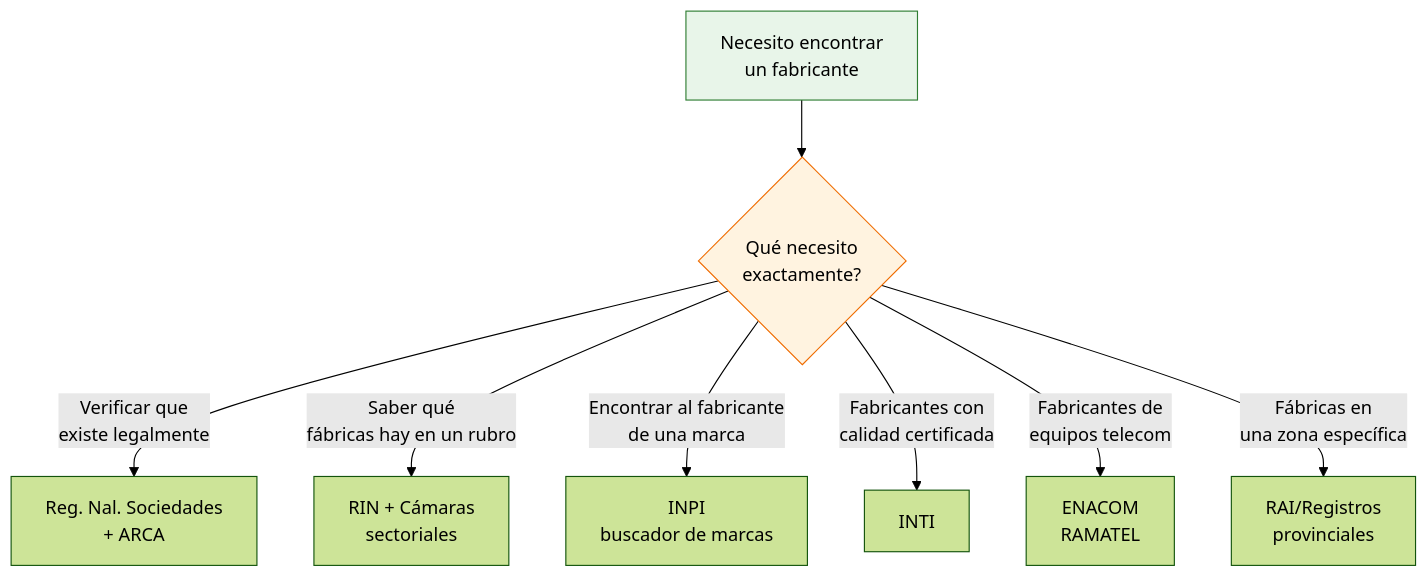
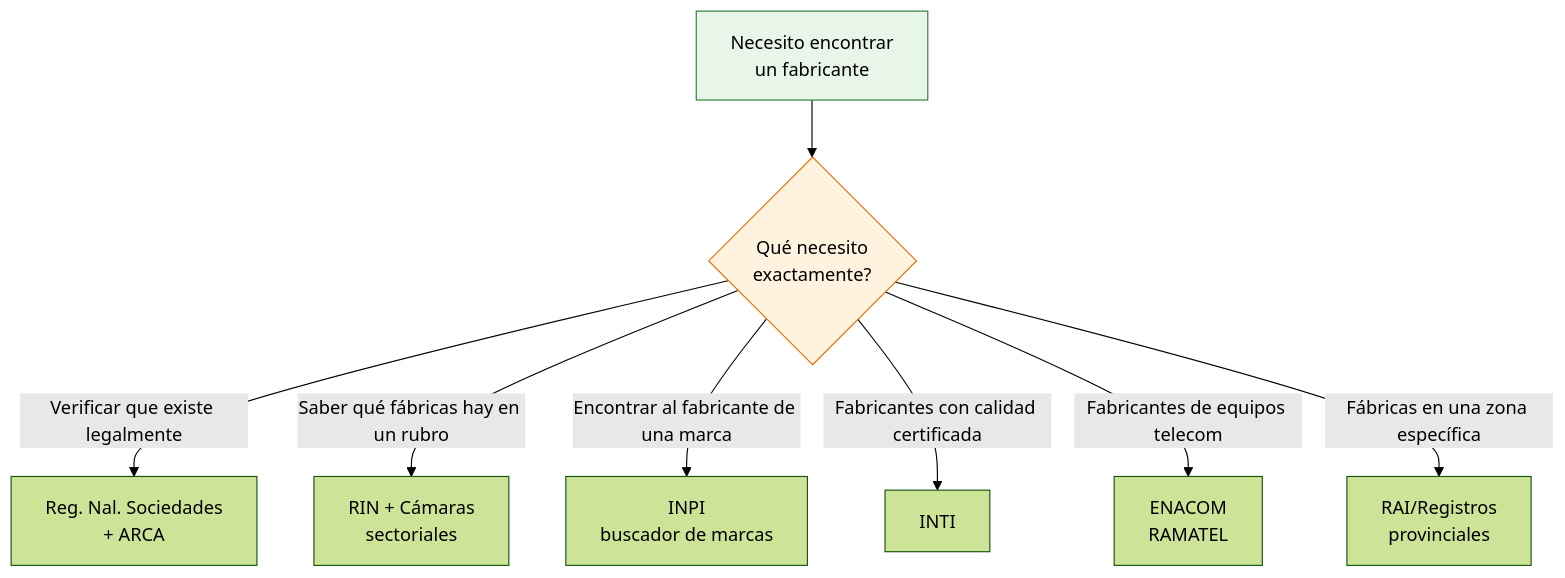
The diagram in app/paso1-argentina/encontrar-fabricas/otros-registros.mdx (barrosignacioezequiel-coder/docs), drawn with Mermaid (forest theme) before and after one commit. The commit also changed 10 other files, not shown here.

First line of the commit message:
fix: remove <br/> from Mermaid edge labels causing list errors

````diff
--- a/app/paso1-argentina/encontrar-fabricas/otros-registros.mdx
+++ b/app/paso1-argentina/encontrar-fabricas/otros-registros.mdx
@@ -137,14 +137,14 @@
 ```mermaid
 graph TD
     A["Necesito encontrar<br/>un fabricante"] --> B{"Qué necesito<br/>exactamente?"}
 
-    B -->|"Verificar que<br/>existe legalmente"| C["Reg. Nal. Sociedades<br/>+ ARCA"]
-    B -->|"Saber qué<br/>fábricas hay en un rubro"| D["RIN + Cámaras<br/>sectoriales"]
-    B -->|"Encontrar al fabricante<br/>de una marca"| E["INPI<br/>buscador de marcas"]
-    B -->|"Fabricantes con<br/>calidad certificada"| F["INTI"]
-    B -->|"Fabricantes de<br/>equipos telecom"| G["ENACOM<br/>RAMATEL"]
-    B -->|"Fábricas en<br/>una zona específica"| H["RAI/Registros<br/>provinciales"]
+    B -->|"Verificar que existe legalmente"| C["Reg. Nal. Sociedades<br/>+ ARCA"]
+    B -->|"Saber qué fábricas hay en un rubro"| D["RIN + Cámaras<br/>sectoriales"]
+    B -->|"Encontrar al fabricante de una marca"| E["INPI<br/>buscador de marcas"]
+    B -->|"Fabricantes con calidad certificada"| F["INTI"]
+    B -->|"Fabricantes de equipos telecom"| G["ENACOM<br/>RAMATEL"]
+    B -->|"Fábricas en una zona específica"| H["RAI/Registros<br/>provinciales"]
 
     style A fill:#e8f5e9,stroke:#2e7d32
     style B fill:#fff3e0,stroke:#ef6c00
 ```
````
